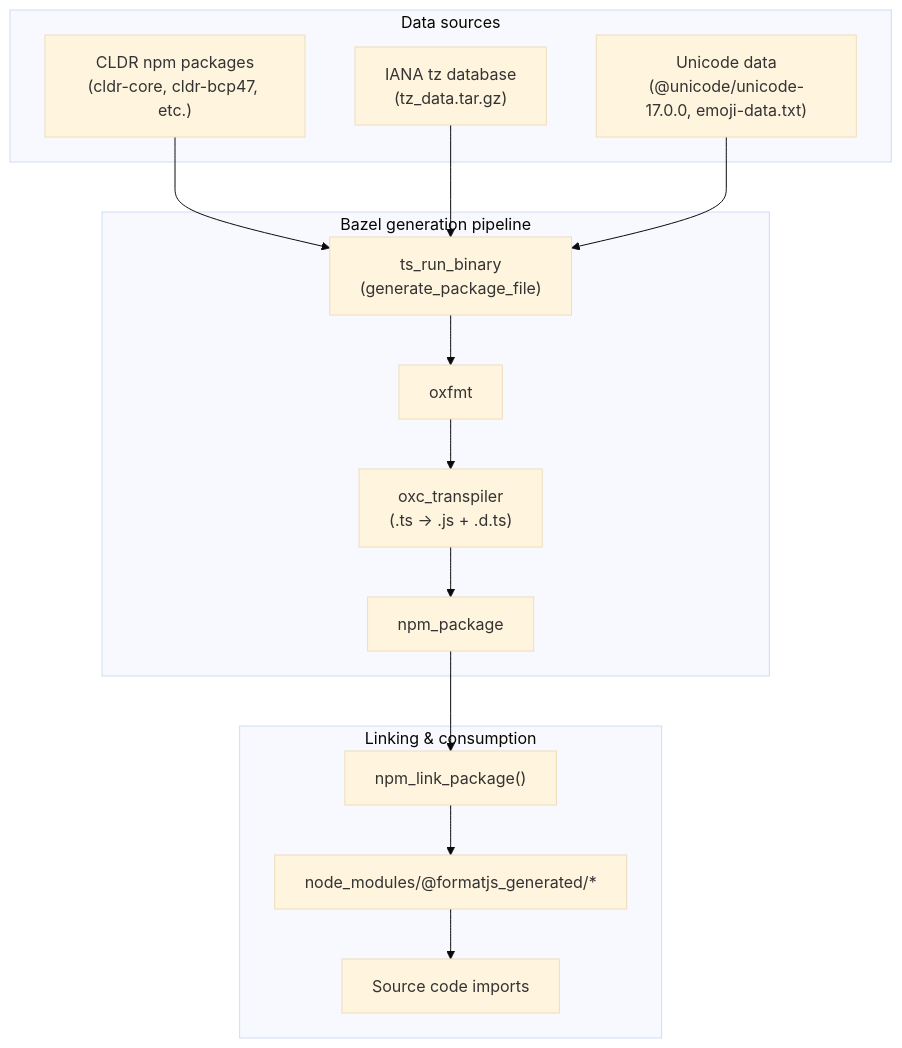
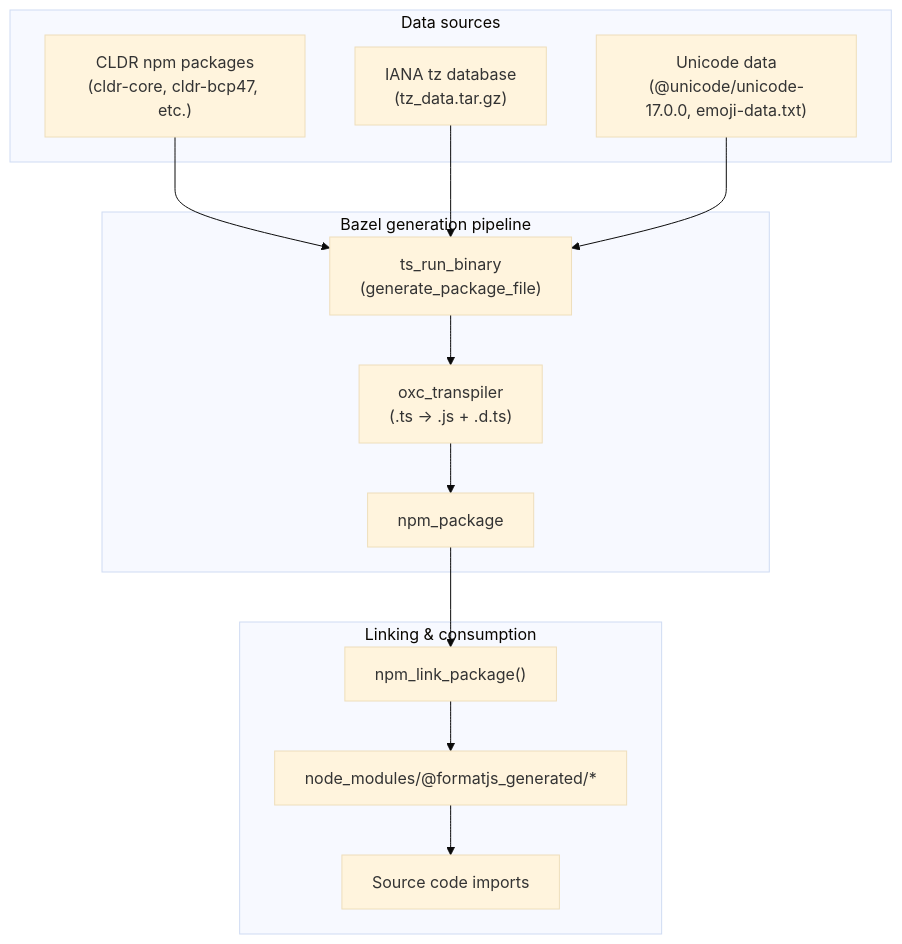
One commit to formatjs/formatjs changed the diagram in knowledge-base/011-generated-packages.md. Above: the diagram before and after it, drawn with Mermaid (base theme). The commit also changed other lines of this file, not shown here.

````diff
--- a/knowledge-base/011-generated-packages.md
+++ b/knowledge-base/011-generated-packages.md
@@ -20,23 +19,22 @@
 ```mermaid
 flowchart TD
     subgraph "Data sources"
         CLDR["CLDR npm packages<br>(cldr-core, cldr-bcp47, etc.)"]
         TZ["IANA tz database<br>(tz_data.tar.gz)"]
         UNI["Unicode data<br>(@unicode/unicode-17.0.0, emoji-data.txt)"]
     end
 
     subgraph "Bazel generation pipeline"
         CLDR --> GEN["ts_run_binary<br>(generate_package_file)"]
         TZ --> GEN
         UNI --> GEN
-        GEN --> FMT["oxfmt"]
-        FMT --> OXC["oxc_transpiler<br>(.ts → .js + .d.ts)"]
+        GEN --> OXC["oxc_transpiler<br>(.ts → .js + .d.ts)"]
         OXC --> PKG["npm_package"]
     end
 
     subgraph "Linking & consumption"
         PKG --> LINK["npm_link_package()"]
         LINK --> NM["node_modules/@formatjs_generated/*"]
         NM --> SRC["Source code imports"]
     end
 ```
````
